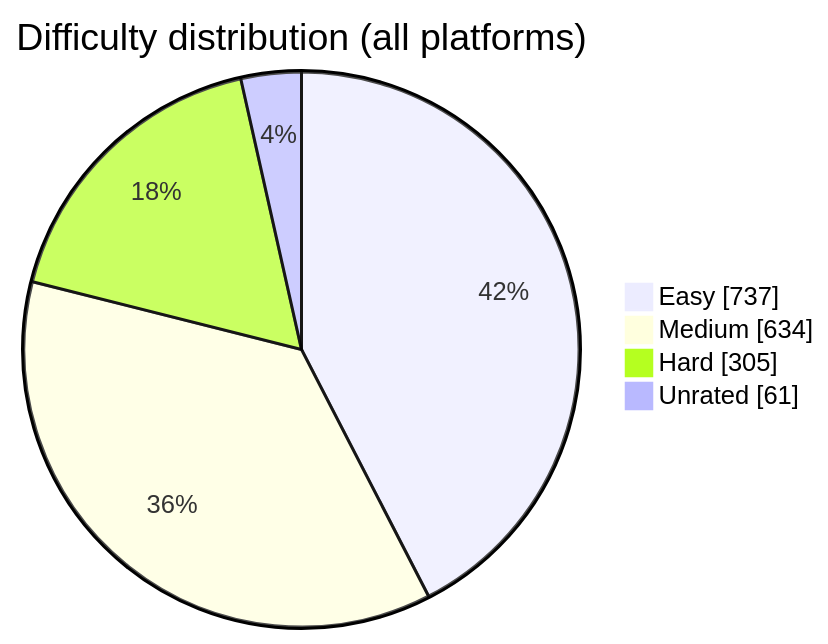
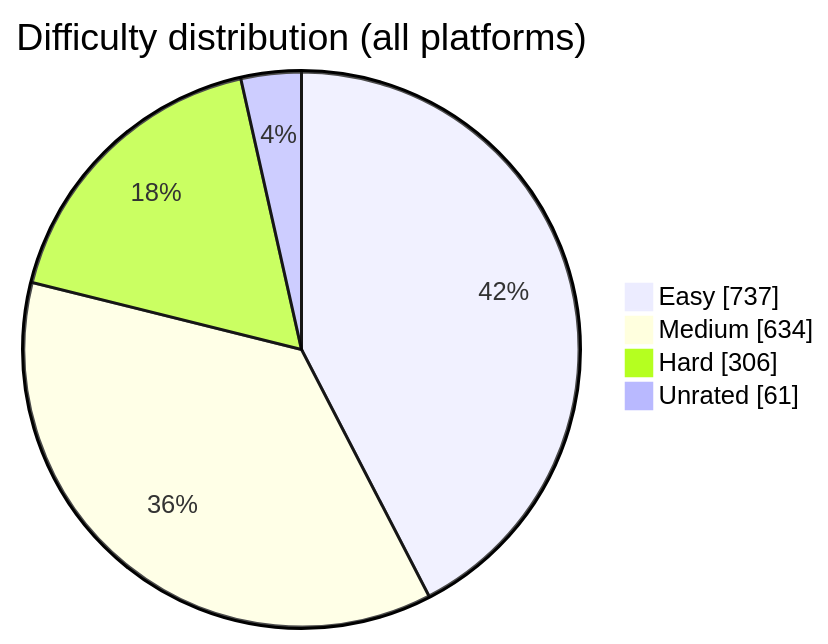
One commit to BuildbyArindam/Daily-Coding-Log changed the diagram in README.md. Above: the diagram before and after it, drawn with Mermaid. The commit also changed other lines of this file, not shown here.

````diff
--- a/README.md
+++ b/README.md
@@ -93,7 +93,7 @@
 ```mermaid
 pie showData title Difficulty distribution (all platforms)
     "Easy" : 737
     "Medium" : 634
-    "Hard" : 305
+    "Hard" : 306
     "Unrated" : 61
 ```
````
